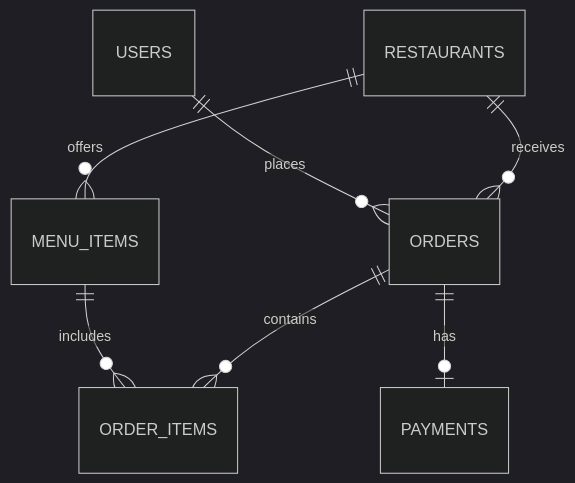
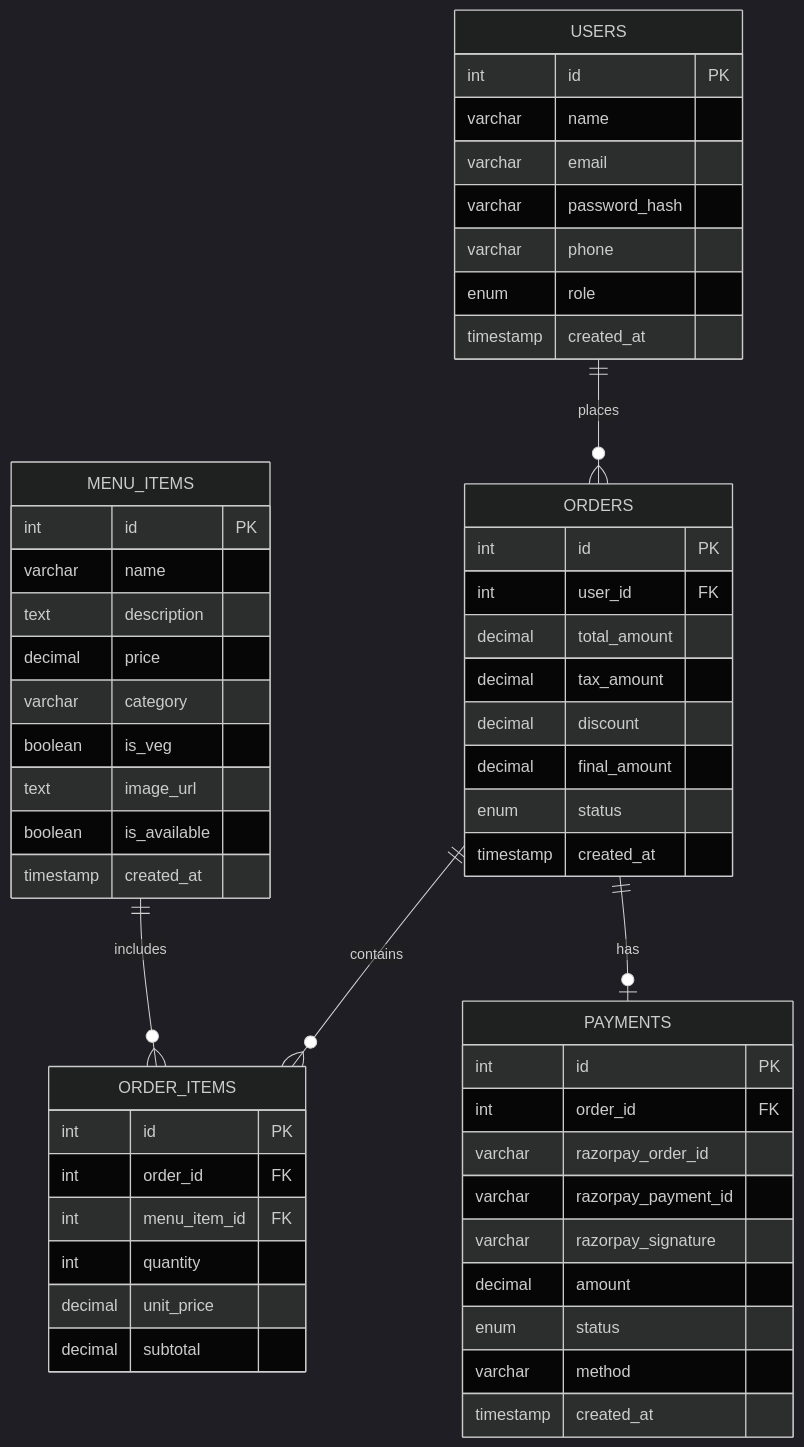
Before and after one commit to Prathamesh-Patil-git/foodflash: the diagram in database/README.md, drawn with Mermaid (dark theme). The commit also changed other lines of this file and 28 other files, not shown here.

First line of the commit message:
refactor: migrate to single-restaurant in-memory architecture

````diff
--- a/database/README.md
+++ b/database/README.md
@@ -134,9 +132,61 @@
 ```mermaid
 erDiagram
     USERS ||--o{ ORDERS : places
-    RESTAURANTS ||--o{ MENU_ITEMS : offers
-    RESTAURANTS ||--o{ ORDERS : receives
     MENU_ITEMS ||--o{ ORDER_ITEMS : includes
     ORDERS ||--o{ ORDER_ITEMS : contains
     ORDERS ||--o| PAYMENTS : has
+
+    USERS {
+        int id PK
+        varchar name
+        varchar email
+        varchar password_hash
+        varchar phone
+        enum role
+        timestamp created_at
+    }
+
+    MENU_ITEMS {
+        int id PK
+        varchar name
+        text description
+        decimal price
+        varchar category
+        boolean is_veg
+        text image_url
+        boolean is_available
+        timestamp created_at
+    }
+
+    ORDERS {
+        int id PK
+        int user_id FK
+        decimal total_amount
+        decimal tax_amount
+        decimal discount
+        decimal final_amount
+        enum status
+        timestamp created_at
+    }
+
+    ORDER_ITEMS {
+        int id PK
+        int order_id FK
+        int menu_item_id FK
+        int quantity
+        decimal unit_price
+        decimal subtotal
+    }
+
+    PAYMENTS {
+        int id PK
+        int order_id FK
+        varchar razorpay_order_id
+        varchar razorpay_payment_id
+        varchar razorpay_signature
+        decimal amount
+        enum status
+        varchar method
+        timestamp created_at
+    }
 ```
````
